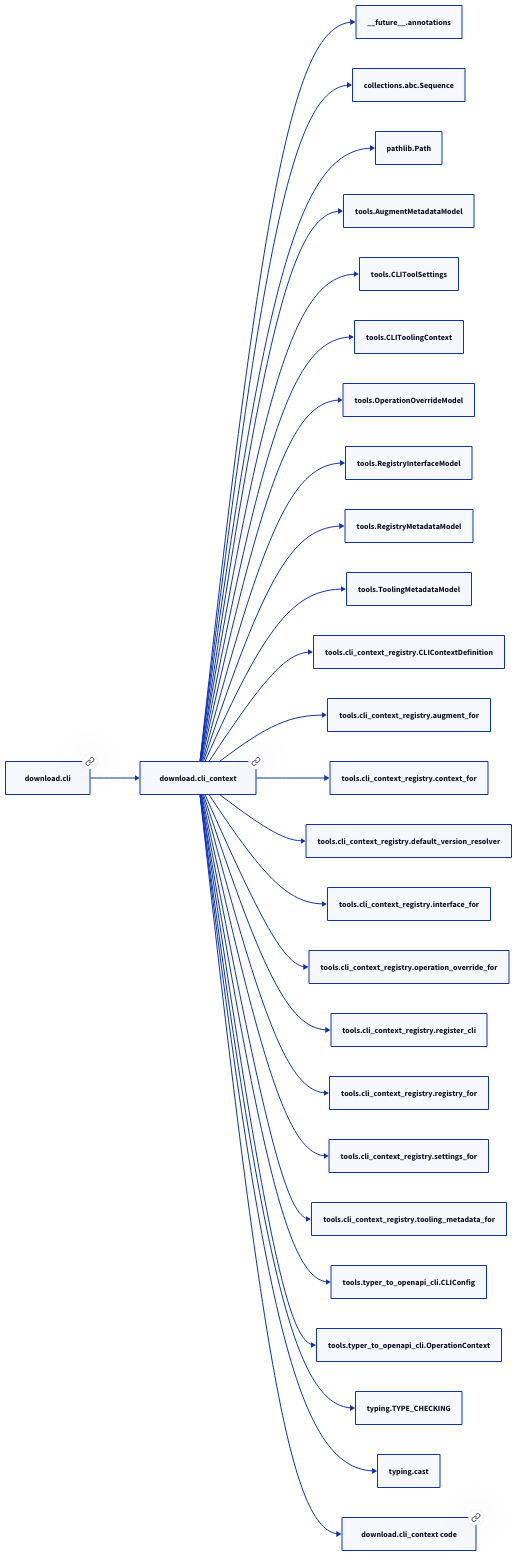
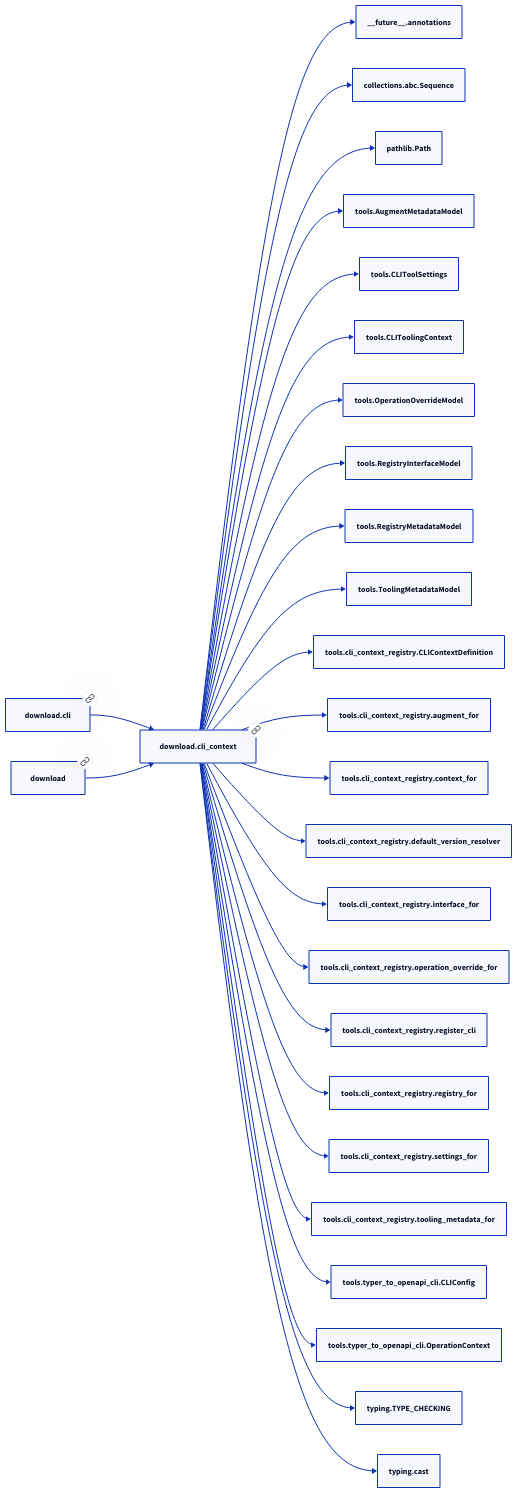
One commit to paul-heyse/kgforge changed the diagram in docs/modules/download/cli_context.md. Above: the diagram before and after it, drawn with D2. The commit also changed other lines of this file and 208 other files, not shown here.

````diff
--- a/docs/modules/download/cli_context.md
+++ b/docs/modules/download/cli_context.md
@@ -65,56 +69,56 @@
 ```d2
 direction: right
-"download.cli_context": "download.cli_context" { link: "./download/cli_context.md" }
+"download.cli_context": "download.cli_context" { link: "https://github.com/paul-heyse/kgfoundry/blob/main/src/download/cli_context.py" }
 "__future__.annotations": "__future__.annotations"
 "download.cli_context" -> "__future__.annotations"
 "collections.abc.Sequence": "collections.abc.Sequence"
 "download.cli_context" -> "collections.abc.Sequence"
 "pathlib.Path": "pathlib.Path"
 "download.cli_context" -> "pathlib.Path"
 "tools.AugmentMetadataModel": "tools.AugmentMetadataModel"
 "download.cli_context" -> "tools.AugmentMetadataModel"
 "tools.CLIToolSettings": "tools.CLIToolSettings"
 "download.cli_context" -> "tools.CLIToolSettings"
 "tools.CLIToolingContext": "tools.CLIToolingContext"
 "download.cli_context" -> "tools.CLIToolingContext"
 "tools.OperationOverrideModel": "tools.OperationOverrideModel"
 "download.cli_context" -> "tools.OperationOverrideModel"
 "tools.RegistryInterfaceModel": "tools.RegistryInterfaceModel"
 "download.cli_context" -> "tools.RegistryInterfaceModel"
 "tools.RegistryMetadataModel": "tools.RegistryMetadataModel"
 "download.cli_context" -> "tools.RegistryMetadataModel"
 "tools.ToolingMetadataModel": "tools.ToolingMetadataModel"
 "download.cli_context" -> "tools.ToolingMetadataModel"
 "tools.cli_context_registry.CLIContextDefinition": "tools.cli_context_registry.CLIContextDefinition"
 "download.cli_context" -> "tools.cli_context_registry.CLIContextDefinition"
 "tools.cli_context_registry.augment_for": "tools.cli_context_registry.augment_for"
 "download.cli_context" -> "tools.cli_context_registry.augment_for"
 "tools.cli_context_registry.context_for": "tools.cli_context_registry.context_for"
 "download.cli_context" -> "tools.cli_context_registry.context_for"
 "tools.cli_context_registry.default_version_resolver": "tools.cli_context_registry.default_version_resolver"
 "download.cli_context" -> "tools.cli_context_registry.default_version_resolver"
 "tools.cli_context_registry.interface_for": "tools.cli_context_registry.interface_for"
 "download.cli_context" -> "tools.cli_context_registry.interface_for"
 "tools.cli_context_registry.operation_override_for": "tools.cli_context_registry.operation_override_for"
 "download.cli_context" -> "tools.cli_context_registry.operation_override_for"
 "tools.cli_context_registry.register_cli": "tools.cli_context_registry.register_cli"
 "download.cli_context" -> "tools.cli_context_registry.register_cli"
 "tools.cli_context_registry.registry_for": "tools.cli_context_registry.registry_for"
 "download.cli_context" -> "tools.cli_context_registry.registry_for"
 "tools.cli_context_registry.settings_for": "tools.cli_context_registry.settings_for"
 "download.cli_context" -> "tools.cli_context_registry.settings_for"
 "tools.cli_context_registry.tooling_metadata_for": "tools.cli_context_registry.tooling_metadata_for"
 "download.cli_context" -> "tools.cli_context_registry.tooling_metadata_for"
 "tools.typer_to_openapi_cli.CLIConfig": "tools.typer_to_openapi_cli.CLIConfig"
 "download.cli_context" -> "tools.typer_to_openapi_cli.CLIConfig"
 "tools.typer_to_openapi_cli.OperationContext": "tools.typer_to_openapi_cli.OperationContext"
 "download.cli_context" -> "tools.typer_to_openapi_cli.OperationContext"
 "typing.TYPE_CHECKING": "typing.TYPE_CHECKING"
 "download.cli_context" -> "typing.TYPE_CHECKING"
 "typing.cast": "typing.cast"
 "download.cli_context" -> "typing.cast"
-"download.cli": "download.cli" { link: "./download/cli.md" }
+"download.cli": "download.cli" { link: "https://github.com/paul-heyse/kgfoundry/blob/main/src/download/cli.py" }
 "download.cli" -> "download.cli_context"
-"download.cli_context_code": "download.cli_context code" { link: "https://github.com/kgfoundry/kgfoundry/blob/main/src/download/cli_context.py" }
-"download.cli_context" -> "download.cli_context_code" { style: dashed }
+"download": "download" { link: "https://github.com/paul-heyse/kgfoundry/blob/main/src/download/__init__.py" }
+"download" -> "download.cli_context" { style: dashed }
 ```
````
